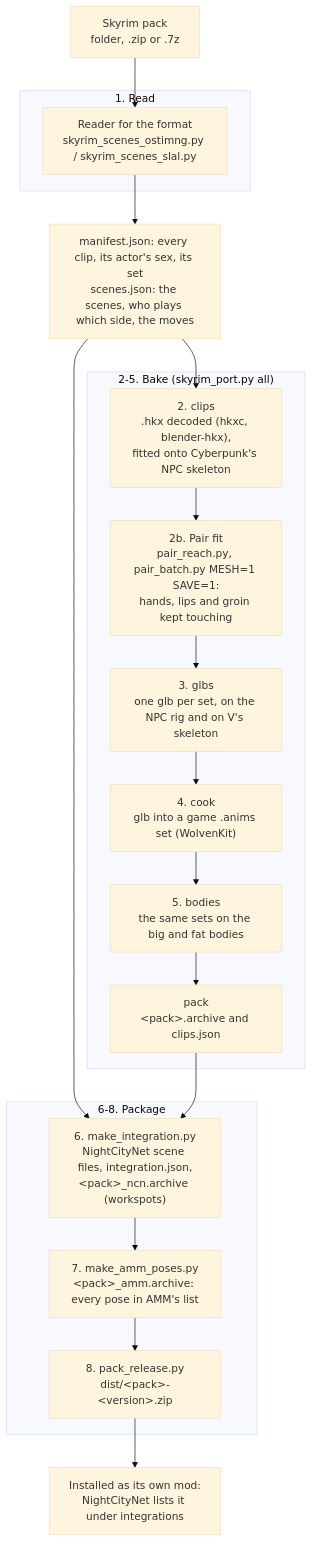
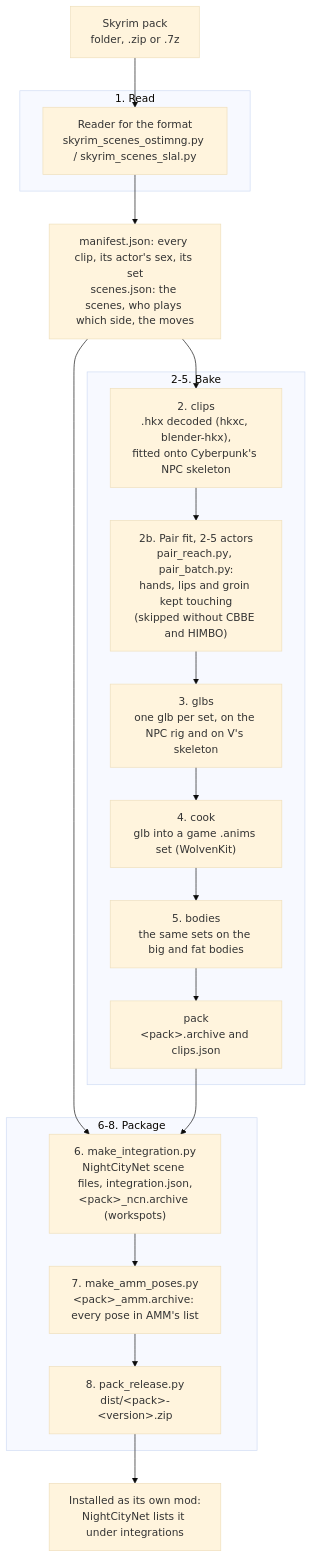
Before and after one commit to cp77modding/cyberpunk_animport: the diagram in docs/pipeline.md, drawn with Mermaid (base theme). The commit also changed 7 other files, not shown here.

Commit message:
fix(port): a failed refit falls back to the plain fit instead of stopping the run, and the README says which zip to publish

````diff
--- a/docs/pipeline.md
+++ b/docs/pipeline.md
@@ -9,25 +9,25 @@
 ```mermaid
 flowchart TD
     IN["Skyrim pack<br/>folder, .zip or .7z"] --> READ
     subgraph read ["1. Read"]
         READ["Reader for the format<br/>skyrim_scenes_ostimng.py / skyrim_scenes_slal.py"]
     end
     READ --> MAN["manifest.json: every clip, its actor's sex, its set<br/>scenes.json: the scenes, who plays which side, the moves"]
     MAN --> CLIPS
-    subgraph bake ["2-5. Bake (skyrim_port.py all)"]
+    subgraph bake ["2-5. Bake"]
         CLIPS["2. clips<br/>.hkx decoded (hkxc, blender-hkx),<br/>fitted onto Cyberpunk's NPC skeleton"]
-        CLIPS --> PAIR["2b. Pair fit<br/>pair_reach.py, pair_batch.py MESH=1 SAVE=1:<br/>hands, lips and groin kept touching"]
+        CLIPS --> PAIR["2b. Pair fit, 2-5 actors<br/>pair_reach.py, pair_batch.py:<br/>hands, lips and groin kept touching<br/>(skipped without CBBE and HIMBO)"]
         PAIR --> GLBS["3. glbs<br/>one glb per set, on the NPC rig and on V's skeleton"]
         GLBS --> COOK["4. cook<br/>glb into a game .anims set (WolvenKit)"]
         COOK --> BODIES["5. bodies<br/>the same sets on the big and fat bodies"]
         BODIES --> PACK["pack<br/>&lt;pack&gt;.archive and clips.json"]
     end
     MAN --> SCENES
     PACK --> SCENES
     subgraph ship ["6-8. Package"]
         SCENES["6. make_integration.py<br/>NightCityNet scene files, integration.json,<br/>&lt;pack&gt;_ncn.archive (workspots)"]
         SCENES --> AMM["7. make_amm_poses.py<br/>&lt;pack&gt;_amm.archive: every pose in AMM's list"]
         AMM --> ZIP["8. pack_release.py<br/>dist/&lt;pack&gt;-&lt;version&gt;.zip"]
     end
     ZIP --> GAME["Installed as its own mod:<br/>NightCityNet lists it under integrations"]
 ```
````
